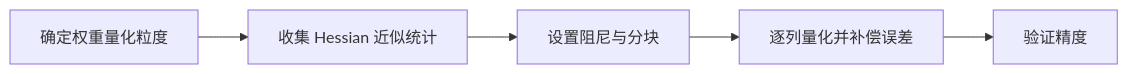
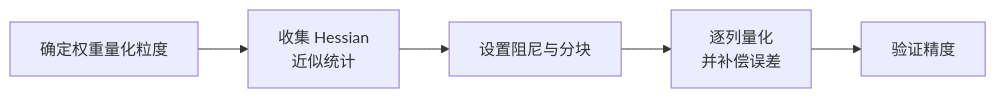
Before and after one commit to mindstudio-docs/master: the diagram in msmodelslim/docs/zh/knowledge_base/quantization_algorithms/gptq/usage_gptq.md, drawn with Mermaid. The commit also changed other lines of this file and 235 other files, not shown here.

````diff
--- a/msmodelslim/docs/zh/knowledge_base/quantization_algorithms/gptq/usage_gptq.md
+++ b/msmodelslim/docs/zh/knowledge_base/quantization_algorithms/gptq/usage_gptq.md
@@ -24,7 +27,7 @@
 ```mermaid
 flowchart LR
-    A[确定权重量化粒度] --> B[收集 Hessian 近似统计]
-    B[收集 Hessian 近似统计] --> C[设置阻尼与分块]
-    C[设置阻尼与分块] --> D[逐列量化并补偿误差]
-    D[逐列量化并补偿误差] --> E[验证精度]
+    A[确定权重量化粒度] --> B[收集 Hessian<br/>近似统计]
+    B --> C[设置阻尼与分块]
+    C --> D[逐列量化<br/>并补偿误差]
+    D --> E[验证精度]
 ```
````
